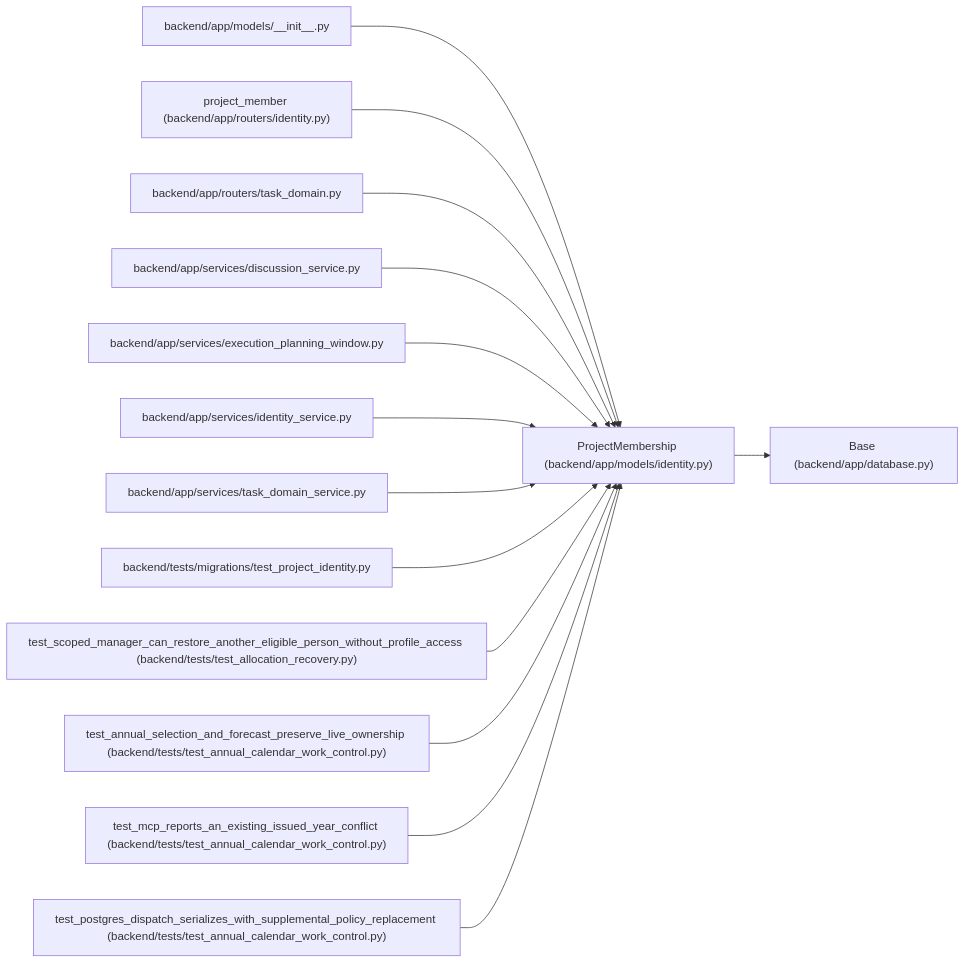
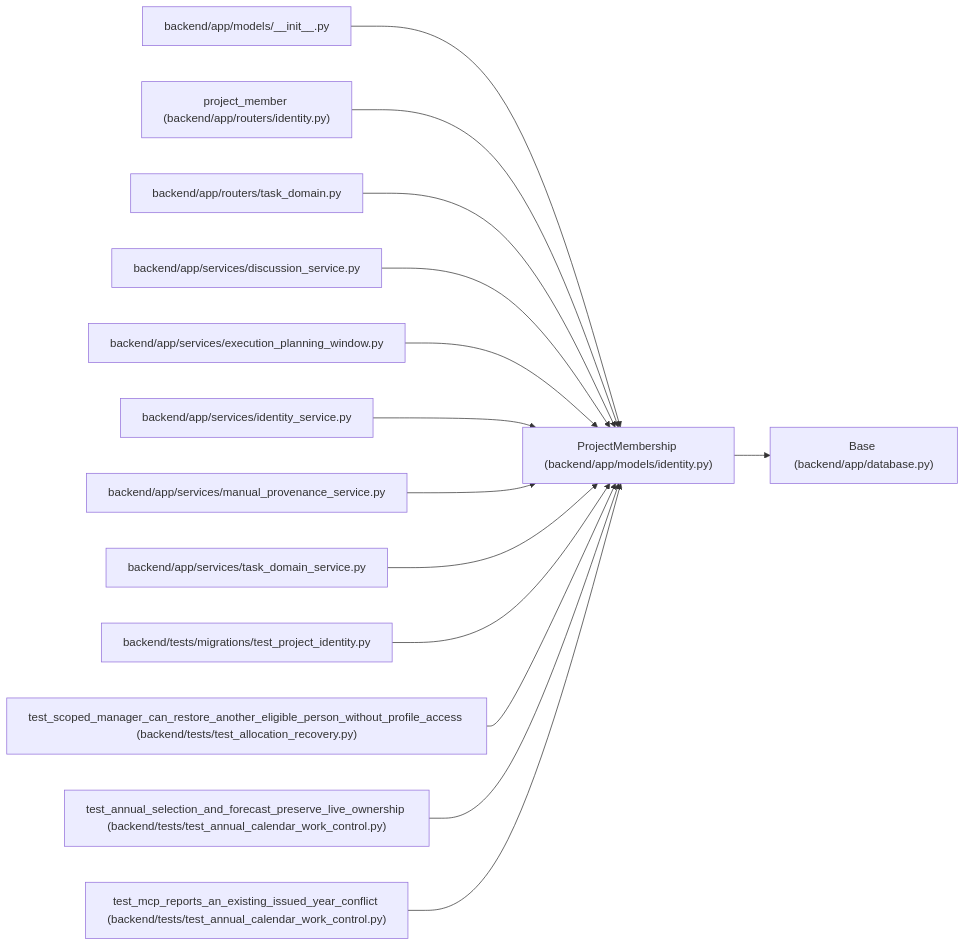
The diagram in docs/llm_wiki/entities/ProjectMembership.md (Denissvgn/WorkChord), drawn with Mermaid before and after one commit. The commit also changed other lines of this file and 880 other files, not shown here.

Commit message:
Sync the architectural wiki for manual execution provenance

````diff
--- a/docs/llm_wiki/entities/ProjectMembership.md
+++ b/docs/llm_wiki/entities/ProjectMembership.md
@@ -28,44 +28,44 @@
 ```mermaid
 flowchart LR
     n0["ProjectMembership (backend/app/models/identity.py)"]
     n1["Base (backend/app/database.py)"]
     n2["backend/app/models/__init__.py"]
     n3["project_member (backend/app/routers/identity.py)"]
     n4["backend/app/routers/task_domain.py"]
     n5["backend/app/services/discussion_service.py"]
     n6["backend/app/services/execution_planning_window.py"]
     n7["backend/app/services/identity_service.py"]
-    n8["backend/app/services/task_domain_service.py"]
-    n9["backend/tests/migrations/test_project_identity.py"]
-    n10["test_scoped_manager_can_restore_another_eligible_person_without_profile_access (backend/tests/test_allocation_recovery.py)"]
-    n11["test_annual_selection_and_forecast_preserve_live_ownership (backend/tests/test_annual_calendar_work_control.py)"]
-    n12["test_mcp_reports_an_existing_issued_year_conflict (backend/tests/test_annual_calendar_work_control.py)"]
-    n13["test_postgres_dispatch_serializes_with_supplemental_policy_replacement (backend/tests/test_annual_calendar_work_control.py)"]
+    n8["backend/app/services/manual_provenance_service.py"]
+    n9["backend/app/services/task_domain_service.py"]
+    n10["backend/tests/migrations/test_project_identity.py"]
+    n11["test_scoped_manager_can_restore_another_eligible_person_without_profile_access (backend/tests/test_allocation_recovery.py)"]
+    n12["test_annual_selection_and_forecast_preserve_live_ownership (backend/tests/test_annual_calendar_work_control.py)"]
+    n13["test_mcp_reports_an_existing_issued_year_conflict (backend/tests/test_annual_calendar_work_control.py)"]
     n0 --> n1
     n2 --> n0
     n3 --> n0
     n4 --> n0
     n5 --> n0
     n6 --> n0
     n7 --> n0
     n8 --> n0
     n9 --> n0
     n10 --> n0
     n11 --> n0
     n12 --> n0
     n13 --> n0
     click n0 "../modules/models_identity.md"
     click n1 "../modules/app_database.md"
     click n2 "../modules/models___init__.md"
     click n3 "../modules/routers_identity.md"
     click n4 "../modules/routers_task_domain.md"
     click n5 "../modules/discussion_service.md"
     click n6 "../modules/execution_planning_window.md"
     click n7 "../modules/identity_service.md"
-    click n8 "../modules/task_domain_service.md"
-    click n9 "../modules/test_project_identity.md"
-    click n10 "../modules/test_allocation_recovery.md"
-    click n11 "../modules/test_annual_calendar_work_control.md"
+    click n8 "../modules/manual_provenance_service.md"
+    click n9 "../modules/task_domain_service.md"
+    click n10 "../modules/test_project_identity.md"
+    click n11 "../modules/test_allocation_recovery.md"
     click n12 "../modules/test_annual_calendar_work_control.md"
     click n13 "../modules/test_annual_calendar_work_control.md"
 ```
````
